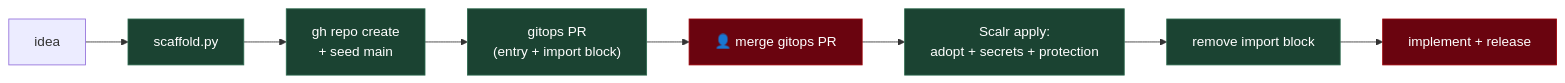
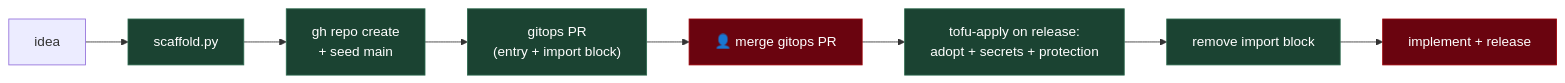
The diagram in comfyui-plugin/skills/comfy-node/SKILL.md (laurigates/claude-plugins), drawn with Mermaid before and after one commit. The commit also changed other lines of this file and 5 other files, not shown here.

First line of the commit message:
docs: replace Scalr references with the tofu-in-GitHub-Actions gitops flow

````diff
--- a/comfyui-plugin/skills/comfy-node/SKILL.md
+++ b/comfyui-plugin/skills/comfy-node/SKILL.md
@@ -37,9 +37,9 @@
 ```mermaid
 flowchart LR
   idea["idea"] --> sc["scaffold.py"] --> gh["gh repo create<br/>+ seed main"] --> gop["gitops PR<br/>(entry + import block)"]
-  gop --> gate["👤 merge gitops PR"] --> apply["Scalr apply:<br/>adopt + secrets + protection"] --> rm["remove import block"] --> impl["implement + release"]
+  gop --> gate["👤 merge gitops PR"] --> apply["tofu-apply on release:<br/>adopt + secrets + protection"] --> rm["remove import block"] --> impl["implement + release"]
   classDef g fill:#1b4332,stroke:#2d6a4f,color:#fff
   classDef m fill:#6a040f,stroke:#9d0208,color:#fff
   class sc,gh,gop,apply,rm g
   class gate,impl m
 ```
````
